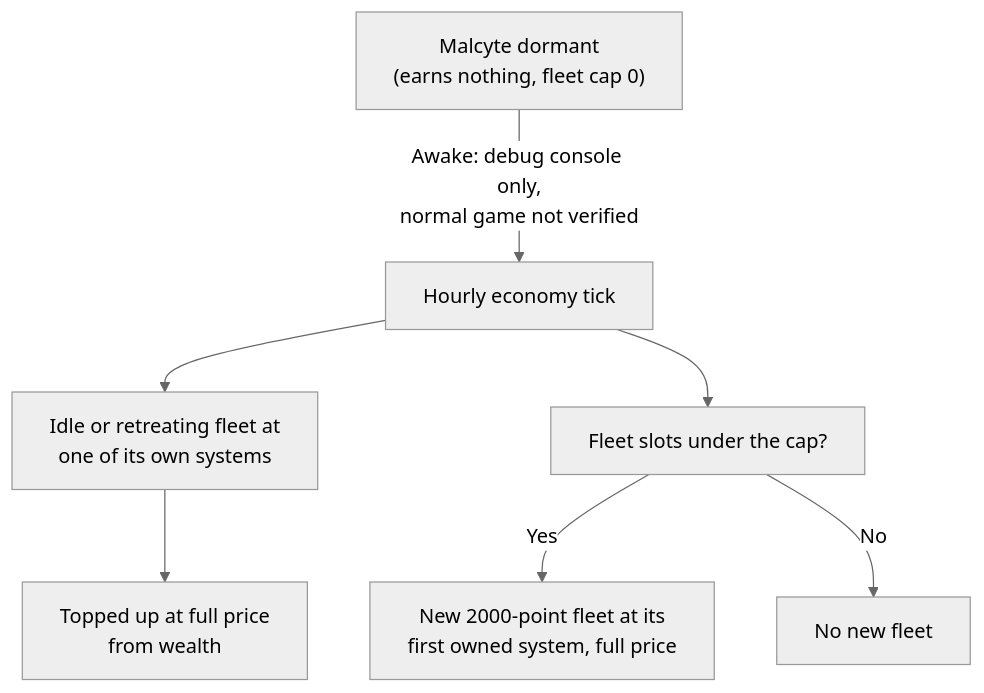
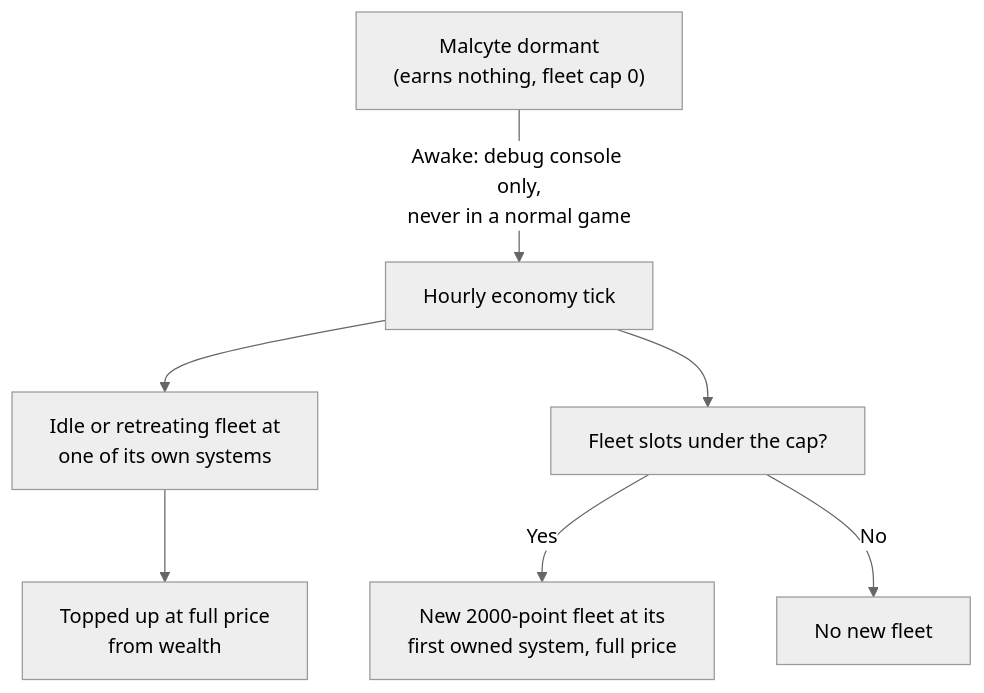
The diagram in docs/mechanics/late-game/closed-sector-story.md (williammabernathy/Igi-s-QoL-Modpack), drawn with Mermaid (neutral theme) before and after one commit. The commit also changed other lines of this file and 25 other files, not shown here.

First line of the commit message:
Docs: settle every "not verified" note in the mechanics pages

````diff
--- a/docs/mechanics/late-game/closed-sector-story.md
+++ b/docs/mechanics/late-game/closed-sector-story.md
@@ -60,14 +60,14 @@
 ```mermaid
 ---
 config:
   flowchart:
     wrappingWidth: 260
 ---
 flowchart TD
-    A["Malcyte dormant<br/>(earns nothing, fleet cap 0)"] -->|"Awake: debug console only,<br/>normal game not verified"| B["Hourly economy tick"]
+    A["Malcyte dormant<br/>(earns nothing, fleet cap 0)"] -->|"Awake: debug console only,<br/>never in a normal game"| B["Hourly economy tick"]
     B --> C["Idle or retreating fleet at<br/>one of its own systems"]
     C --> D["Topped up at full price<br/>from wealth"]
     B --> E["Fleet slots under the cap?"]
     E -->|"Yes"| F["New 2000-point fleet at its<br/>first owned system, full price"]
     E -->|"No"| G["No new fleet"]
 ```
````
